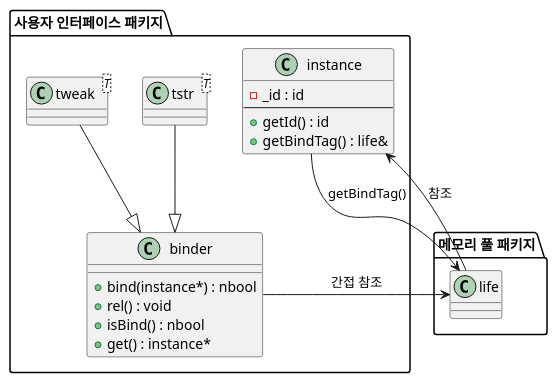
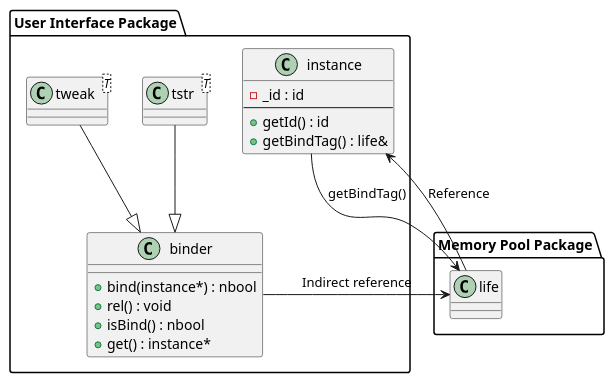
Before and after one commit to byeolang/byeol: the second of 5 diagrams in doc/ref/ko/ag-architecture-memlite.md, drawn with PlantUML. The commit also changed other lines of this file and 5 other files, not shown here.

First line of the commit message:
docs: translate Korean to English in PlantUML blocks

```diff
--- a/doc/ref/ko/ag-architecture-memlite.md
+++ b/doc/ref/ko/ag-architecture-memlite.md
@@ -117,32 +117,32 @@
 @startuml
-package "사용자 인터페이스 패키지" {
+package "User Interface Package" {
     class "instance" as instance {
         - _id : id
         ---
         + getId() : id
         + getBindTag() : life&
     }
 
     class "binder" as binder {
         + bind(instance*) : nbool
         + rel() : void
         + isBind() : nbool
         + get() : instance*
     }
 
     class "tstr<T>" as tstr
     class "tweak<T>" as tweak
 }
 
-package "메모리 풀 패키지" {
+package "Memory Pool Package" {
   class life {}
 }
 
-life --> instance : 참조
+life --> instance : Reference
 
-binder --> life : 간접 참조
+binder --> life : Indirect reference
 tstr --|> binder
 tweak --|> binder
 instance --> life : getBindTag()
 
 @enduml
```
